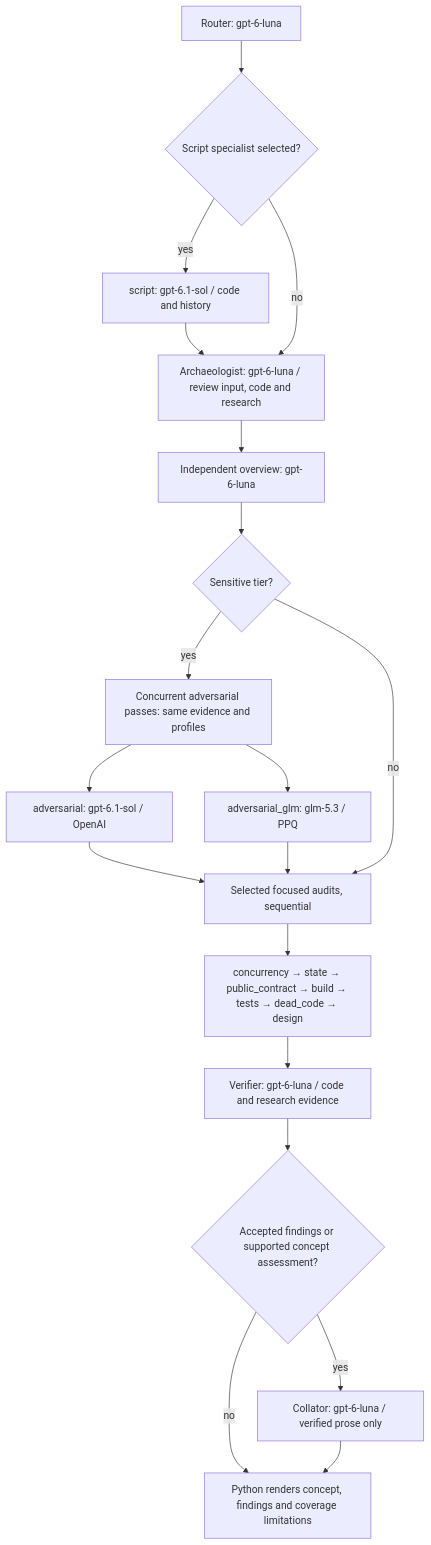
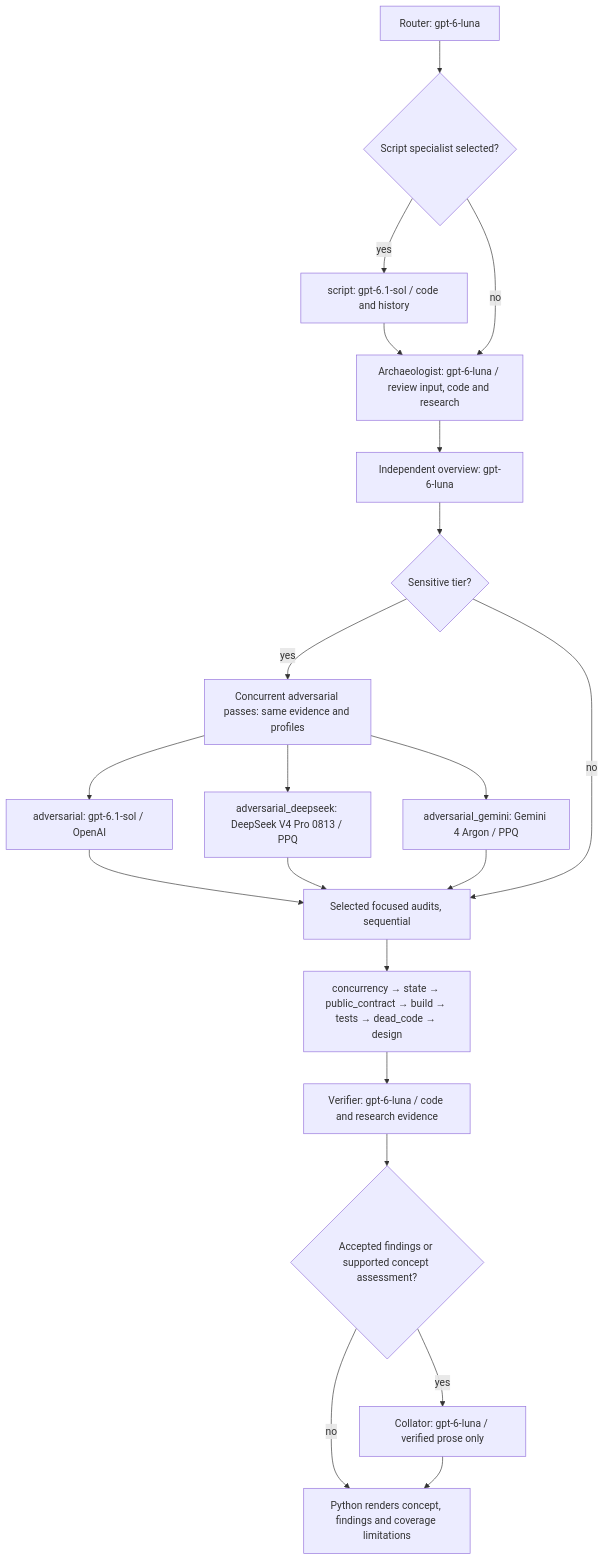
One commit to willcl-ark/nix changed the third of 4 diagrams in pkgs/ralph/README.md. Above: the diagram before and after it, drawn with Mermaid. The commit also changed other lines of this file and 15 other files, not shown here.

````diff
--- a/pkgs/ralph/README.md
+++ b/pkgs/ralph/README.md
@@ -181,21 +181,23 @@
 ```mermaid
 flowchart TD
     route["Router: gpt-6-luna"] --> script{"Script specialist selected?"}
     script -->|yes| expert["script: gpt-6.1-sol / code and history"]
     expert --> archaeology["Archaeologist: gpt-6-luna / review input, code and research"]
     script -->|no| archaeology
     archaeology --> independent["Independent overview: gpt-6-luna"]
     independent --> sensitive{"Sensitive tier?"}
     sensitive -->|yes| pair["Concurrent adversarial passes: same evidence and profiles"]
     pair --> sol["adversarial: gpt-6.1-sol / OpenAI"]
-    pair --> glm["adversarial_glm: glm-5.3 / PPQ"]
+    pair --> deepseek["adversarial_deepseek: DeepSeek V4 Pro 0813 / PPQ"]
+    pair --> gemini["adversarial_gemini: Gemini 4 Argon / PPQ"]
     sol --> focused["Selected focused audits, sequential"]
-    glm --> focused
+    deepseek --> focused
+    gemini --> focused
     sensitive -->|no| focused
     focused --> order["concurrency → state → public_contract → build → tests → dead_code → design"]
     order --> verifier["Verifier: gpt-6-luna / code and research evidence"]
     verifier --> accepted{"Accepted findings or supported concept assessment?"}
     accepted -->|yes| collator["Collator: gpt-6-luna / verified prose only"]
     accepted -->|no| render["Python renders concept, findings and coverage limitations"]
     collator --> render
 ```
````
